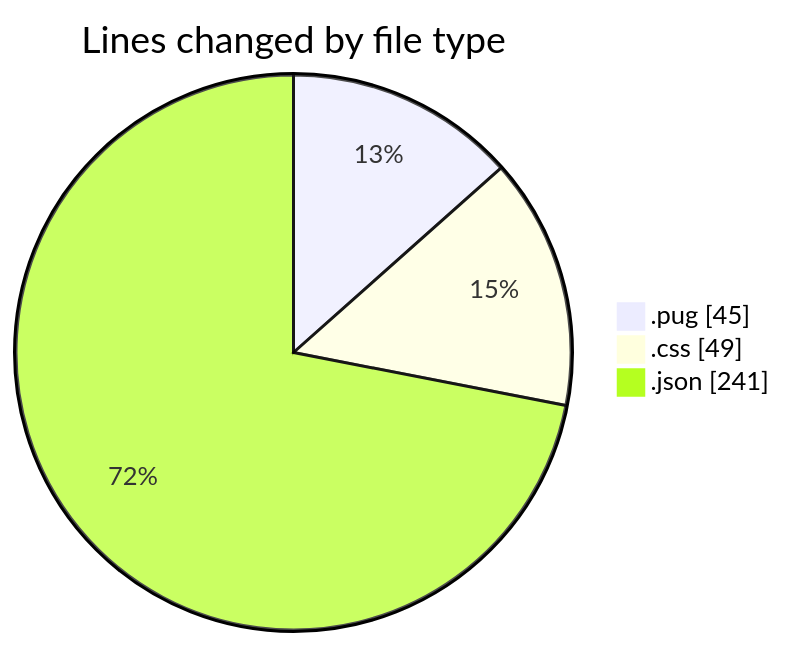
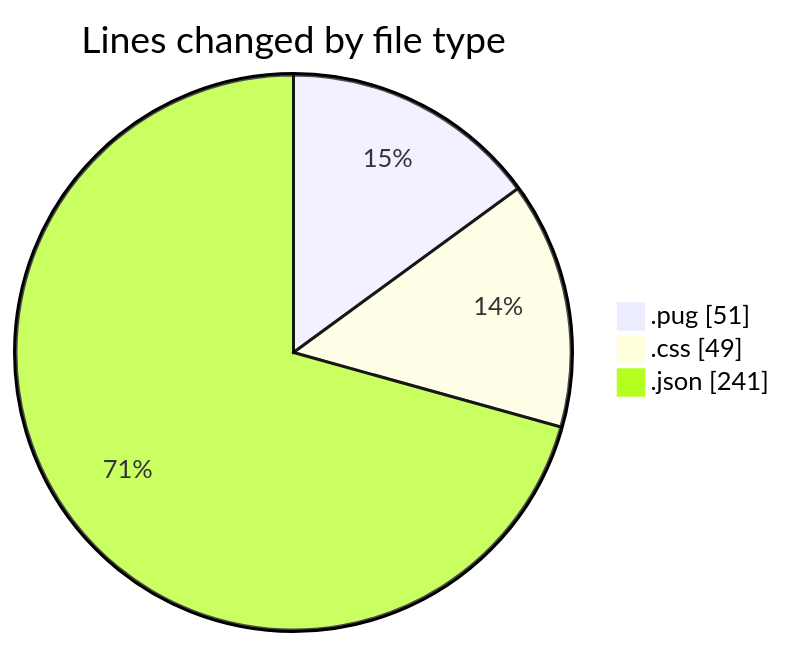
One commit to momahboobian/code-tracking changed the first of 2 diagrams in 2025-11-06/cda/README.md. Above: the diagram before and after it, drawn with Mermaid. The commit also changed other lines of this file and 1 other file, not shown here.

````diff
--- a/2025-11-06/cda/README.md
+++ b/2025-11-06/cda/README.md
@@ -23,7 +23,7 @@
 ```mermaid
 pie showData
 title Lines changed by file type
-".pug" : 45
+".pug" : 51
 ".css" : 49
 ".json" : 241
 ```
````
